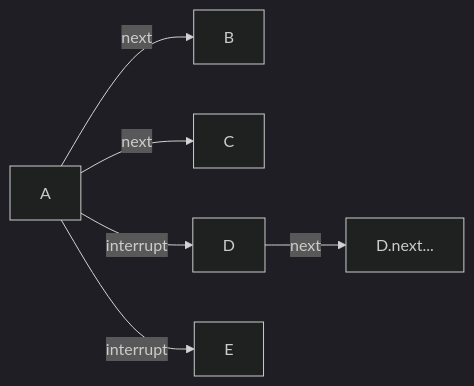
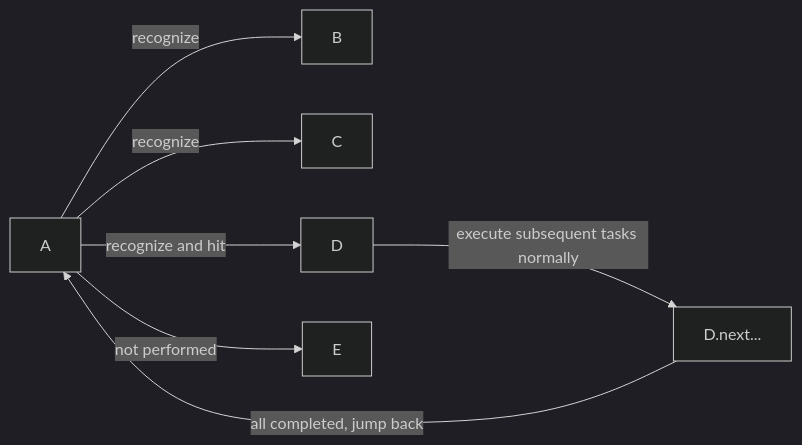
One commit to MaaXYZ/MaaFramework changed the third of 4 diagrams in docs/en_us/3.1-PipelineProtocol.md. Above: the diagram before and after it, drawn with Mermaid (dark theme). The commit also changed other lines of this file and 14 other files, not shown here.

````diff
--- a/docs/en_us/3.1-PipelineProtocol.md
+++ b/docs/en_us/3.1-PipelineProtocol.md
@@ -160,8 +164,9 @@
     ```mermaid
     graph LR
-     A -->|next| B
-     A -->|next| C
-     A -->|interrupt| D
-     A -->|interrupt| E
-     D -->|next| D.next...
+        A -->|recognize| B
+        A -->|recognize| C
+        A -->|recognize and hit| D
+        A -->|not performed| E
+        D -->|execute subsequent tasks normally| F[D.next...]
+        F -->|all completed, jump back| A
     ```
````
